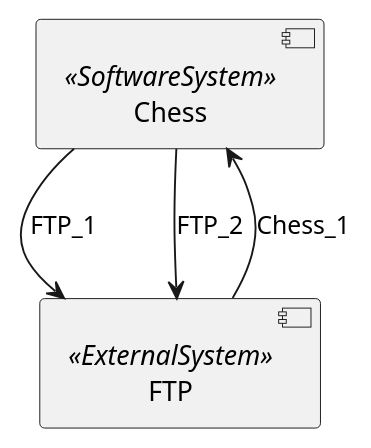
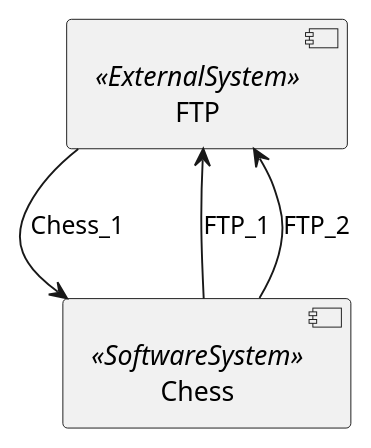
Before and after one commit to marcozwyssig/cleon: the diagram in src/cleonproject.deliverables.architecture.model.architecture/src/cleon.architecturemethods.arc42.sample/img/Technischer_Kontext_Diagramm.puml, drawn with PlantUML. The commit also changed other lines of this file and 11 other files, not shown here.

```diff
--- a/src/cleonproject.deliverables.architecture.model.architecture/src/cleon.architecturemethods.arc42.sample/img/Technischer_Kontext_Diagramm.puml
+++ b/src/cleonproject.deliverables.architecture.model.architecture/src/cleon.architecturemethods.arc42.sample/img/Technischer_Kontext_Diagramm.puml
@@ -1,9 +1,9 @@
 @startuml
 skinparam monochrome true
 skinparam componentStyle uml2
+component FTP as "FTP" <<ExternalSystem>>
 component Chess as "Chess" <<SoftwareSystem>>
-component FTP as "FTP" <<ExternalSystem>>
+FTP --> Chess : "Chess_1"
 Chess --> FTP : "FTP_1"
 Chess --> FTP : "FTP_2"
-FTP --> Chess : "Chess_1"
 @enduml
```
